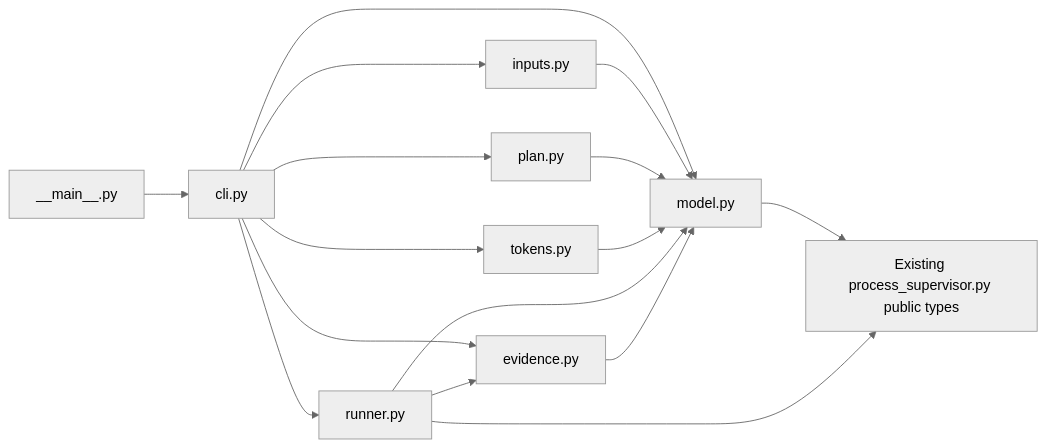
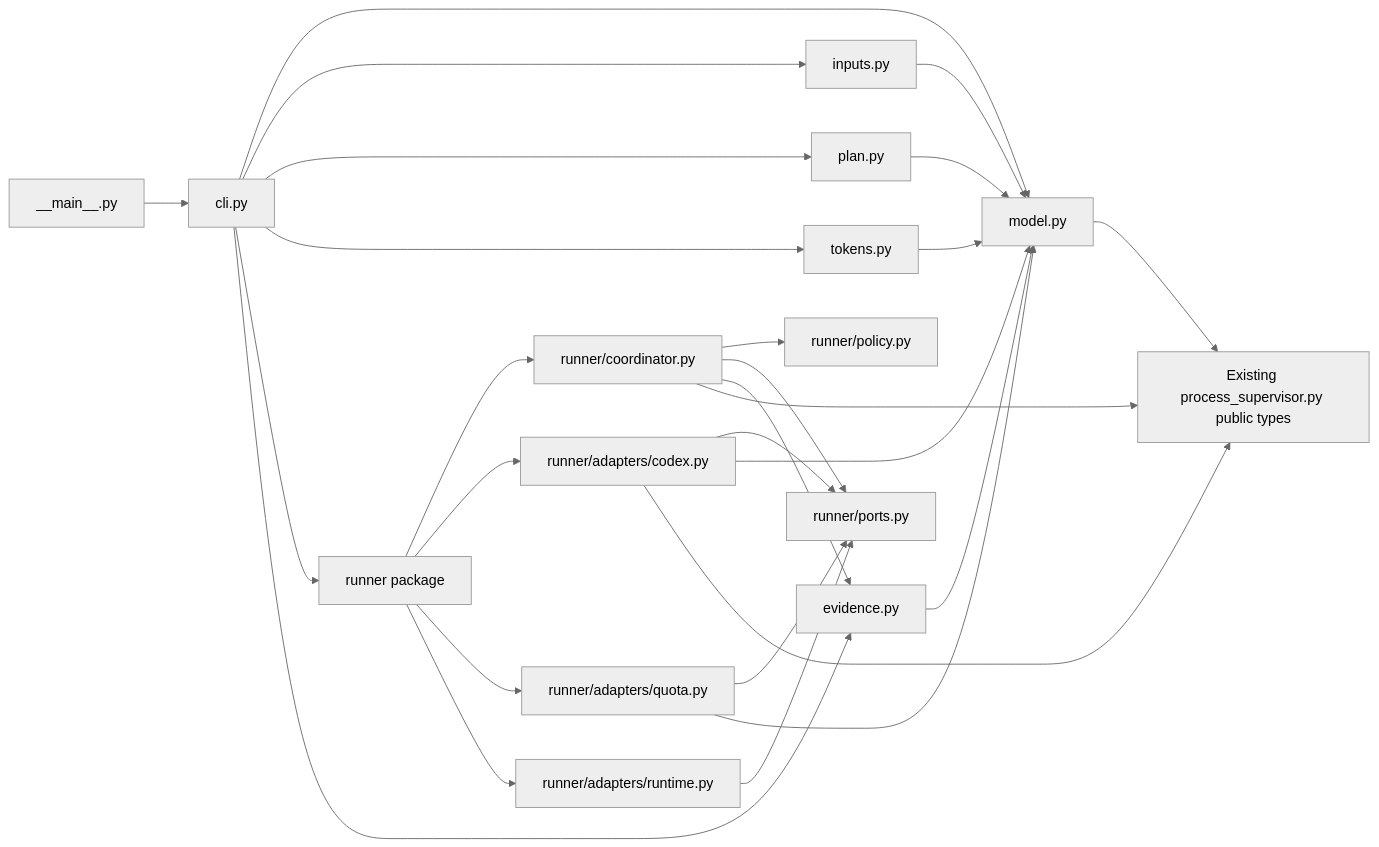
One commit to msitarz/ataraxia changed the second of 2 diagrams in doc/feat/reviewer/engineering/evaluation/evaluation-harness/architecture.md. Above: the diagram before and after it, drawn with Mermaid (neutral theme). The commit also changed other lines of this file and 9 other files, not shown here.

````diff
--- a/doc/feat/reviewer/engineering/evaluation/evaluation-harness/architecture.md
+++ b/doc/feat/reviewer/engineering/evaluation/evaluation-harness/architecture.md
@@ -494,18 +540,29 @@
 ```mermaid
 flowchart LR
     CLI[cli.py] --> MODEL[model.py]
     CLI --> INPUTS[inputs.py]
     CLI --> PLAN[plan.py]
     CLI --> TOKENS[tokens.py]
-    CLI --> RUNNER[runner.py]
+    CLI --> RUNNER[runner package]
     CLI --> EVIDENCE[evidence.py]
+    RUNNER --> COORD[runner/coordinator.py]
+    RUNNER --> CODEX[runner/adapters/codex.py]
+    RUNNER --> QUOTA[runner/adapters/quota.py]
+    RUNNER --> RUNTIME[runner/adapters/runtime.py]
+    COORD --> POLICY[runner/policy.py]
+    COORD --> PORTS[runner/ports.py]
+    CODEX --> PORTS
+    QUOTA --> PORTS
+    RUNTIME --> PORTS
+    CODEX --> MODEL
+    QUOTA --> MODEL
     INPUTS --> MODEL
     PLAN --> MODEL
     TOKENS --> MODEL
-    RUNNER --> MODEL
-    RUNNER --> EVIDENCE
+    COORD --> EVIDENCE
     EVIDENCE --> MODEL
     MODEL --> SUP[Existing process_supervisor.py public types]
-    RUNNER --> SUP
+    COORD --> SUP
+    CODEX --> SUP
     MAIN[__main__.py] --> CLI
 ```
````
